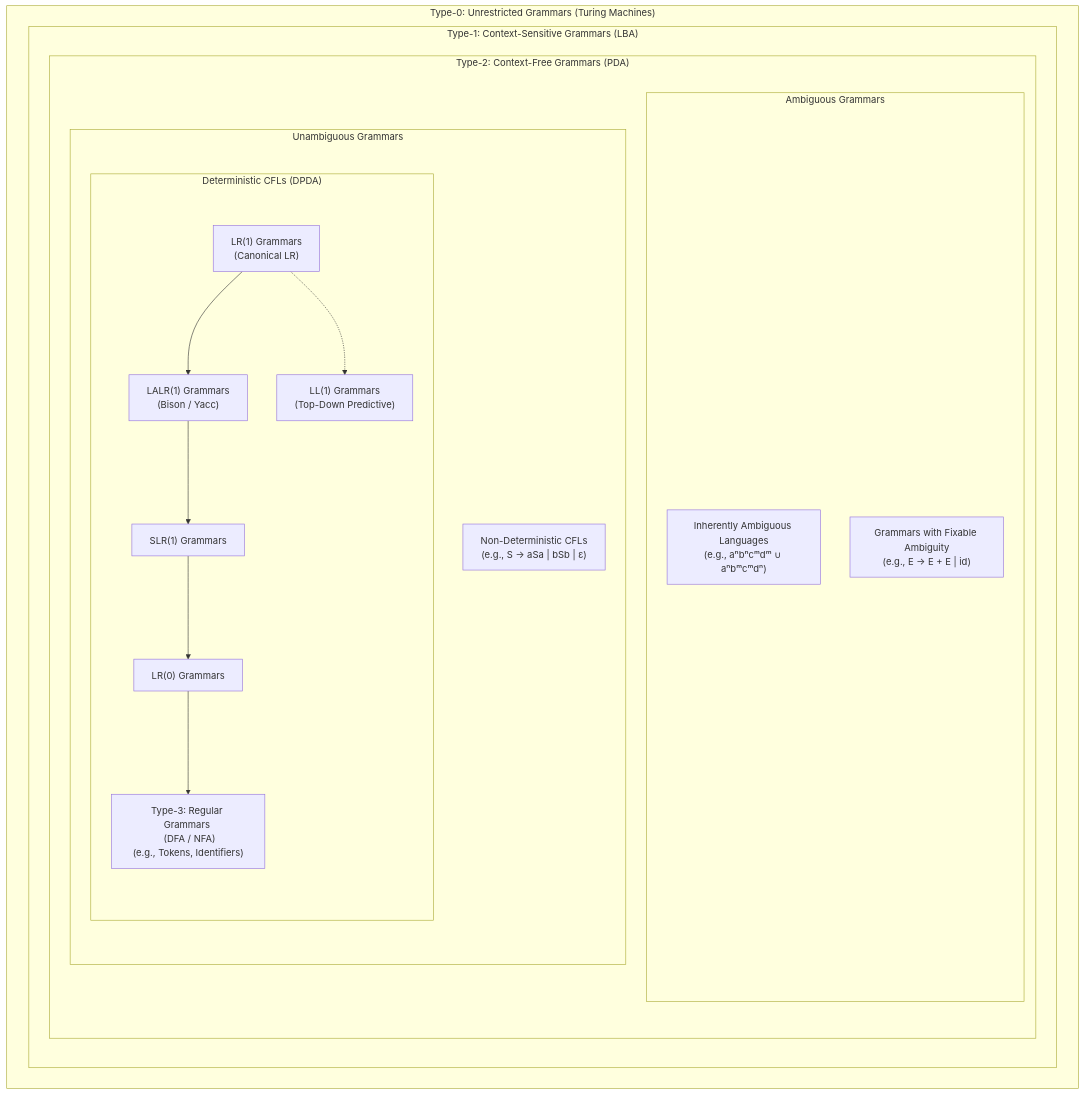
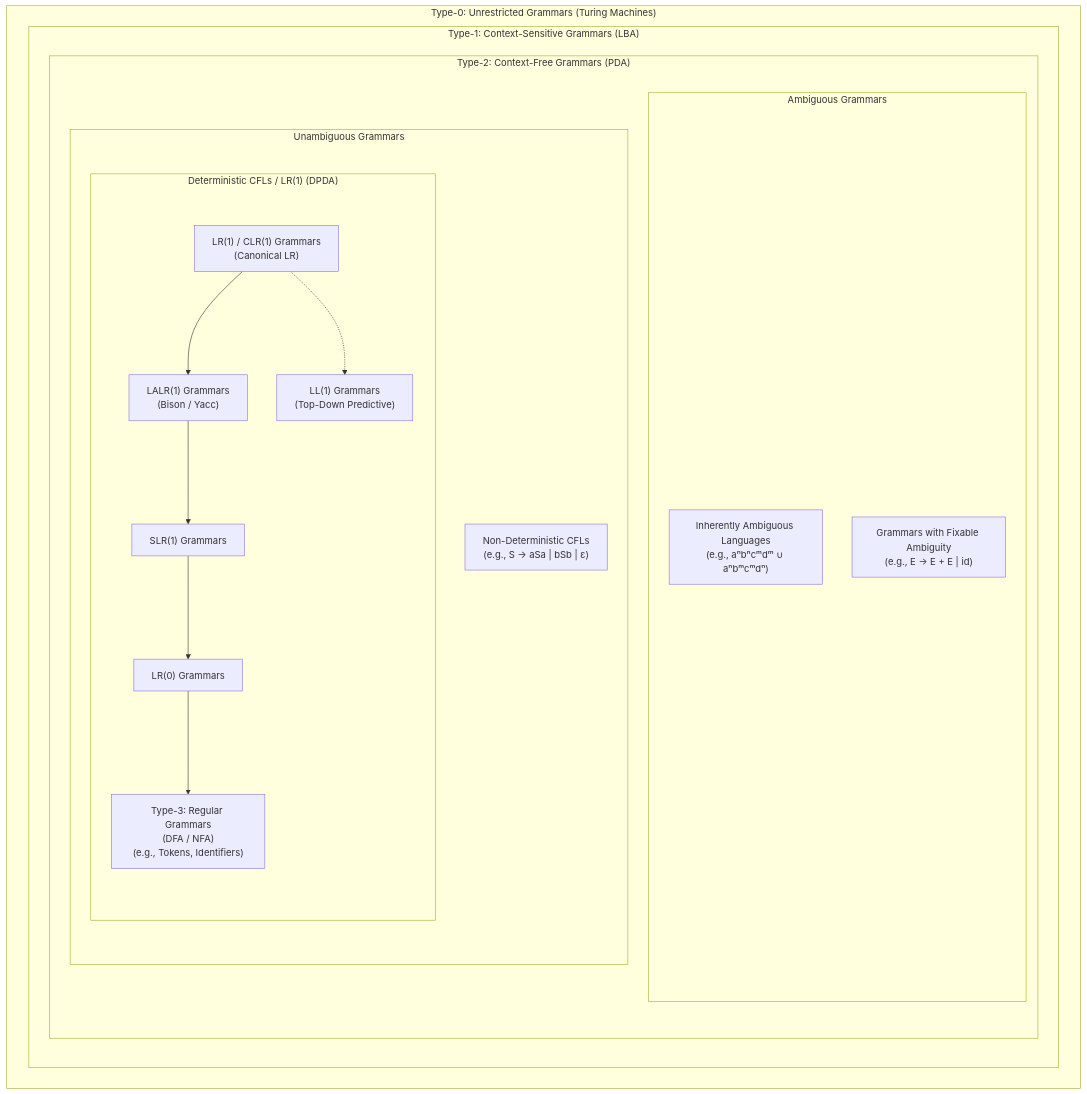
Before and after one commit to skc-coder/notevault: the diagram in notes/Bottom-Up Parsers - Classification and Power.md, drawn with Mermaid. The commit also changed other lines of this file and 66 other files, not shown here.

````diff
--- a/notes/Bottom-Up Parsers - Classification and Power.md
+++ b/notes/Bottom-Up Parsers - Classification and Power.md
@@ -13,63 +5,63 @@
 ```mermaid
 graph TD
 
 subgraph Type0 ["Type-0: Unrestricted Grammars (Turing Machines)"]
 
 subgraph Type1 ["Type-1: Context-Sensitive Grammars (LBA)"]
 
 subgraph AllCFG ["Type-2: Context-Free Grammars (PDA)"]
 
 subgraph Ambiguous ["Ambiguous Grammars"]
 
 Inherent["Inherently Ambiguous Languages<br>(e.g., aⁿbⁿcᵐdᵐ ∪ aⁿbᵐcᵐdⁿ)"]
 
 Fixable["Grammars with Fixable Ambiguity<br>(e.g., E → E + E | id)"]
 
 end
 
   
 
 subgraph Unambiguous ["Unambiguous Grammars"]
 
 NonDet["Non-Deterministic CFLs<br>(e.g., S → aSa | bSb | ε)"]
 
-subgraph DCFL ["Deterministic CFLs (DPDA)"]
+subgraph DCFL ["Deterministic CFLs / LR(1) (DPDA)"]
 
-LR1["LR(1) Grammars<br>(Canonical LR)"]
+LR1["LR(1) / CLR(1) Grammars<br>(Canonical LR)"]
 
 LL1["LL(1) Grammars<br>(Top-Down Predictive)"]
 
 LALR1["LALR(1) Grammars<br>(Bison / Yacc)"]
 
 SLR1["SLR(1) Grammars"]
 
 LR0["LR(0) Grammars"]
 
-Type3["Type-3: Regular Grammars \n (DFA / NFA)<br>(e.g., Tokens, Identifiers)"]
+Type3["Type-3: Regular Grammars<br>(DFA / NFA)<br>(e.g., Tokens, Identifiers)"]
 
 end
 
 end
 
   
 
 end
 
 end
 
 end
 
   
 
 %% Hierarchy connections
 
 LR1 --> LALR1
 
 LR1 -.-> LL1
 
 LALR1 --> SLR1
 
 SLR1 --> LR0
 
 LR0 --> Type3
 ```
````
